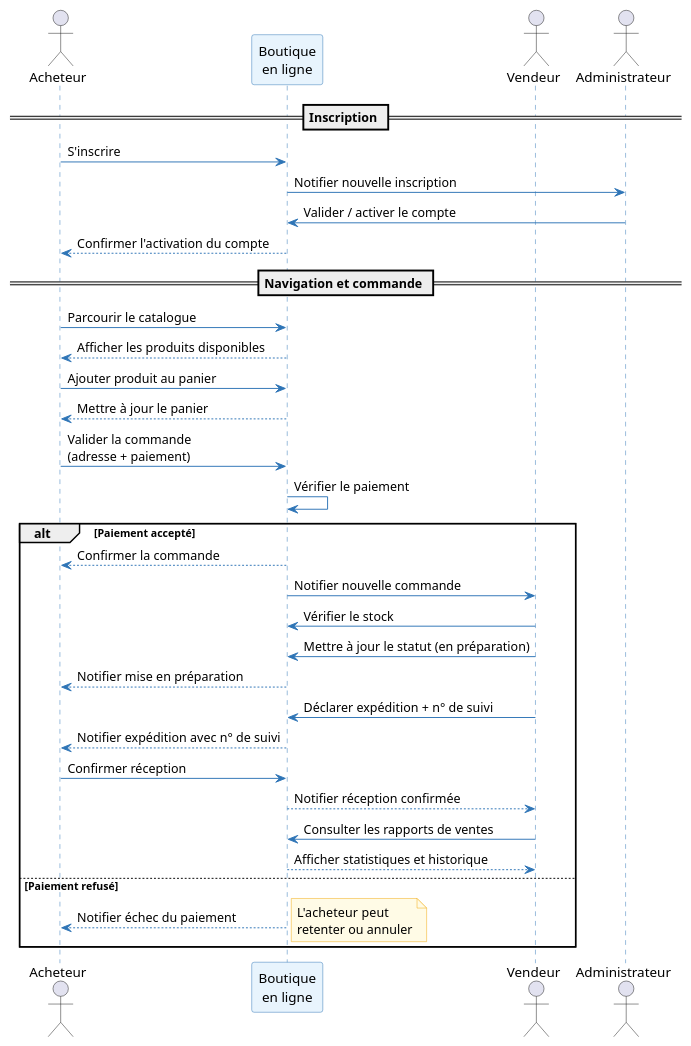
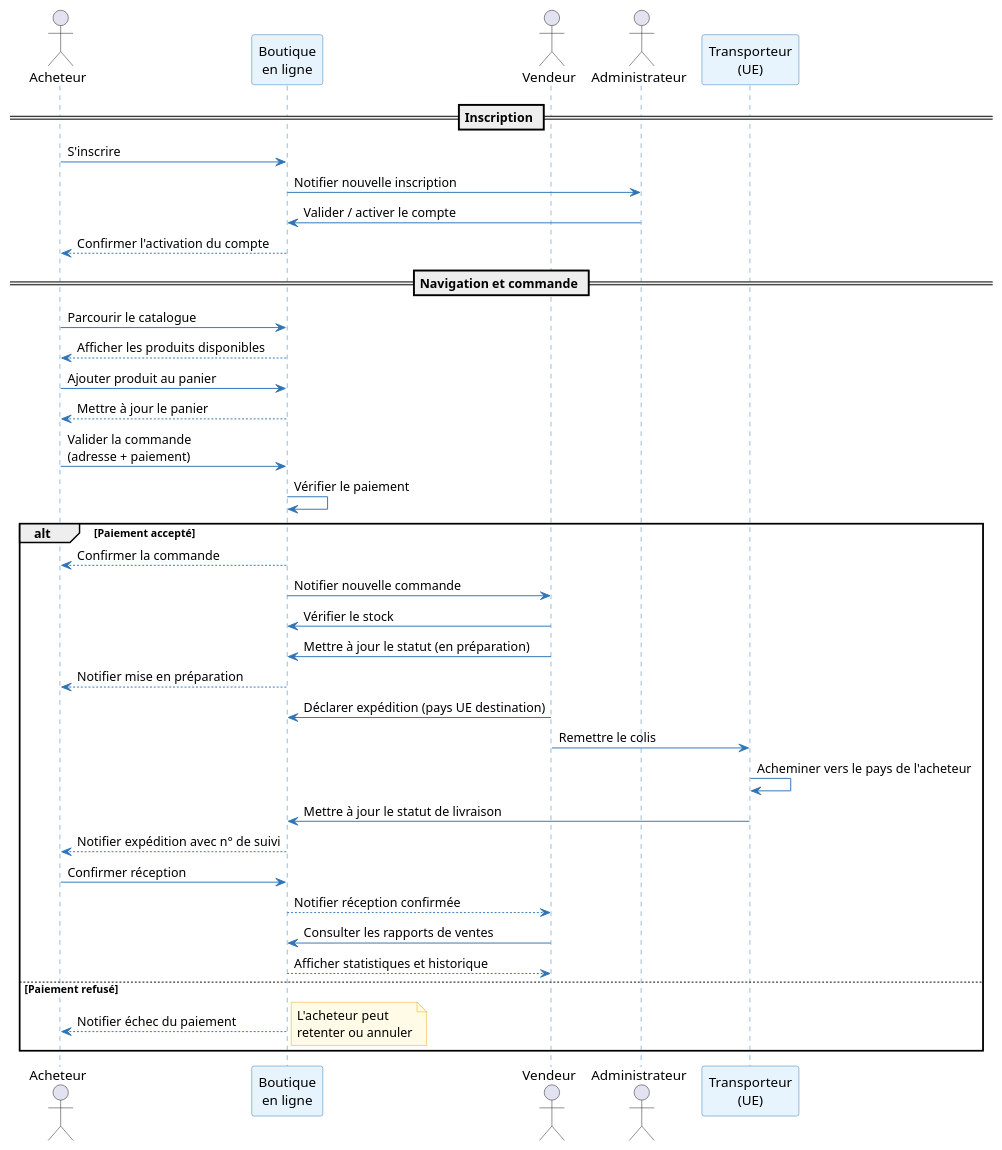
Before and after one commit to louistalvande/online_shop: the third of 4 diagrams in architecture.adoc, drawn with PlantUML. The commit also changed other lines of this file, not shown here.

```diff
--- a/architecture.adoc
+++ b/architecture.adoc
@@ -169,52 +193,56 @@
 [plantuml, oa-sequence, svg]
 ----
 skinparam sequenceArrowColor #2E75B6
 skinparam sequenceParticipantBackgroundColor #E8F4FD
 skinparam sequenceParticipantBorderColor #2E75B6
 skinparam sequenceLifeLineBorderColor #2E75B6
 skinparam noteBorderColor #F0A500
 skinparam noteBackgroundColor #FFFBE6
 
 actor Acheteur as Buyer
 participant "Boutique\nen ligne" as Shop
 actor Vendeur as Vendor
 actor Administrateur as Admin
+participant "Transporteur\n(UE)" as Carrier
 
 == Inscription ==
 Buyer -> Shop : S'inscrire
 Shop -> Admin : Notifier nouvelle inscription
 Admin -> Shop : Valider / activer le compte
 Shop --> Buyer : Confirmer l'activation du compte
 
 == Navigation et commande ==
 Buyer -> Shop : Parcourir le catalogue
 Shop --> Buyer : Afficher les produits disponibles
 
 Buyer -> Shop : Ajouter produit au panier
 Shop --> Buyer : Mettre à jour le panier
 
 Buyer -> Shop : Valider la commande\n(adresse + paiement)
 Shop -> Shop : Vérifier le paiement
 
 alt Paiement accepté
   Shop --> Buyer : Confirmer la commande
   Shop -> Vendor : Notifier nouvelle commande
 
   Vendor -> Shop : Vérifier le stock
   Vendor -> Shop : Mettre à jour le statut (en préparation)
   Shop --> Buyer : Notifier mise en préparation
 
-  Vendor -> Shop : Déclarer expédition + n° de suivi
+  Vendor -> Shop : Déclarer expédition (pays UE destination)
+  Vendor -> Carrier : Remettre le colis
+  Carrier -> Carrier : Acheminer vers le pays de l'acheteur
+  Carrier -> Shop : Mettre à jour le statut de livraison
   Shop --> Buyer : Notifier expédition avec n° de suivi
 
   Buyer -> Shop : Confirmer réception
   Shop --> Vendor : Notifier réception confirmée
 
   Vendor -> Shop : Consulter les rapports de ventes
   Shop --> Vendor : Afficher statistiques et historique
 
 else Paiement refusé
   Shop --> Buyer : Notifier échec du paiement
   note right : L'acheteur peut\nretenter ou annuler
 end
 ----
```
